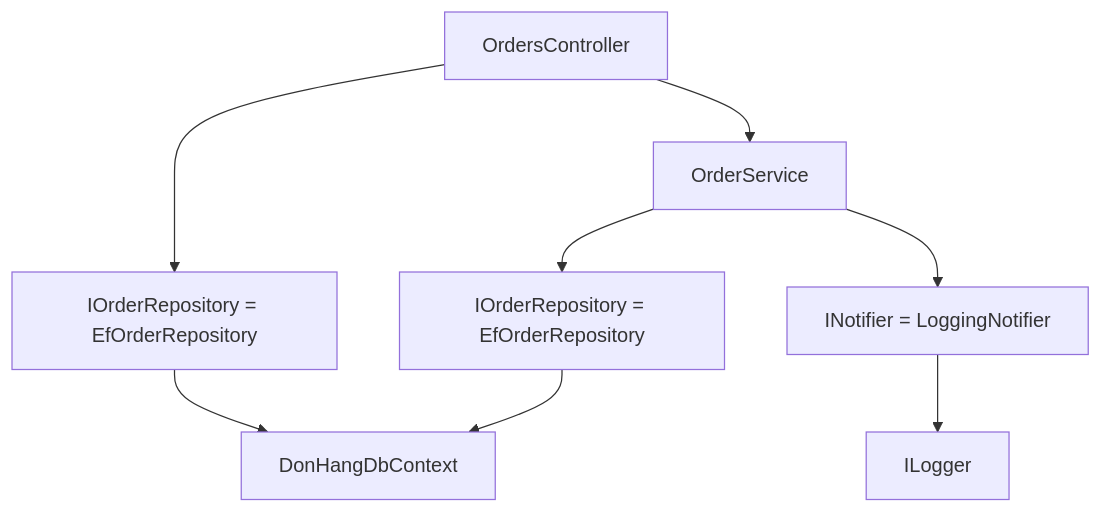
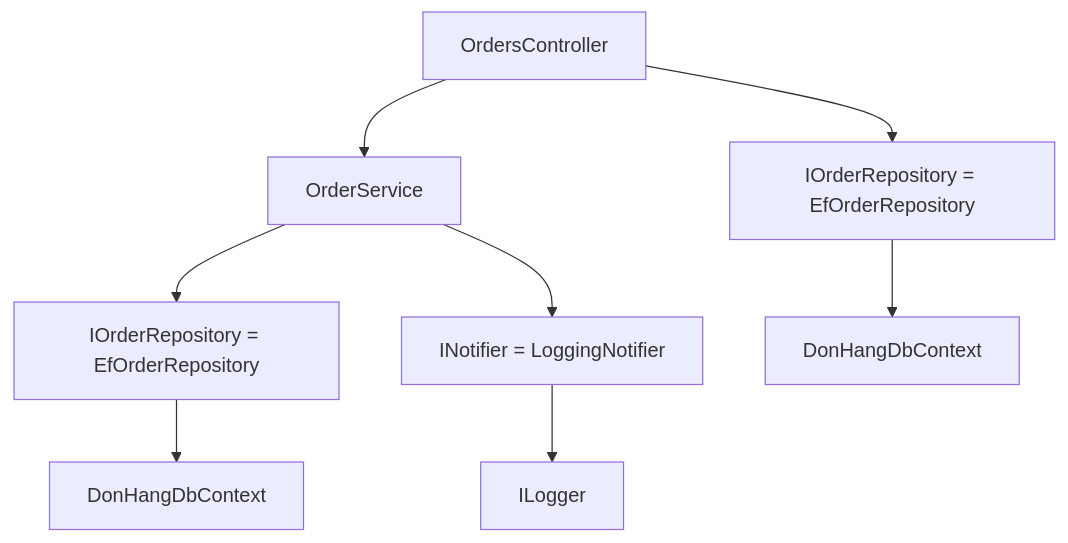
The diagram in content/tracks/design/dependency-injection/design.l1.the-di-container.en.md (duyan11110/lo-trinh-architect), drawn with Mermaid before and after one commit. The commit also changed other lines of this file and 3 other files, not shown here.

````diff
--- a/content/tracks/design/dependency-injection/design.l1.the-di-container.en.md
+++ b/content/tracks/design/dependency-injection/design.l1.the-di-container.en.md
@@ -38,10 +38,10 @@
 ```mermaid
 flowchart TD
   C[OrdersController] --> S[OrderService]
   C --> R[IOrderRepository = EfOrderRepository]
   S --> R2[IOrderRepository = EfOrderRepository]
   S --> N[INotifier = LoggingNotifier]
   R --> D[DonHangDbContext]
-  R2 --> D
+  R2 --> D2[DonHangDbContext]
   N --> L[ILogger]
 ```
````
